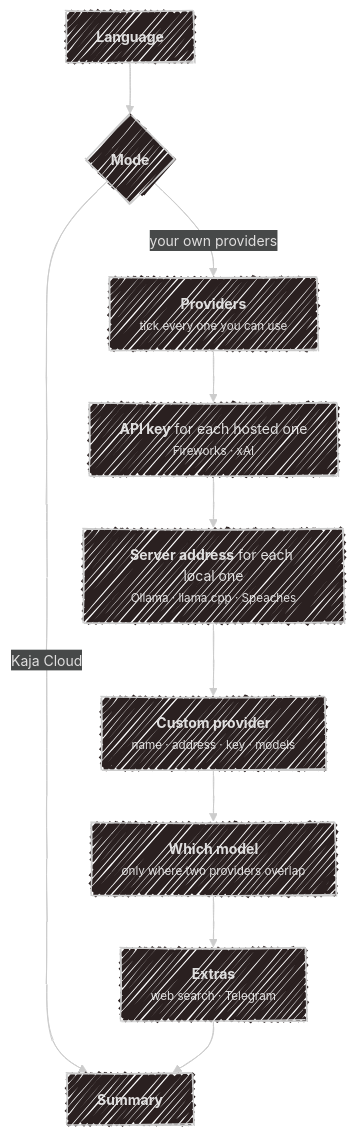
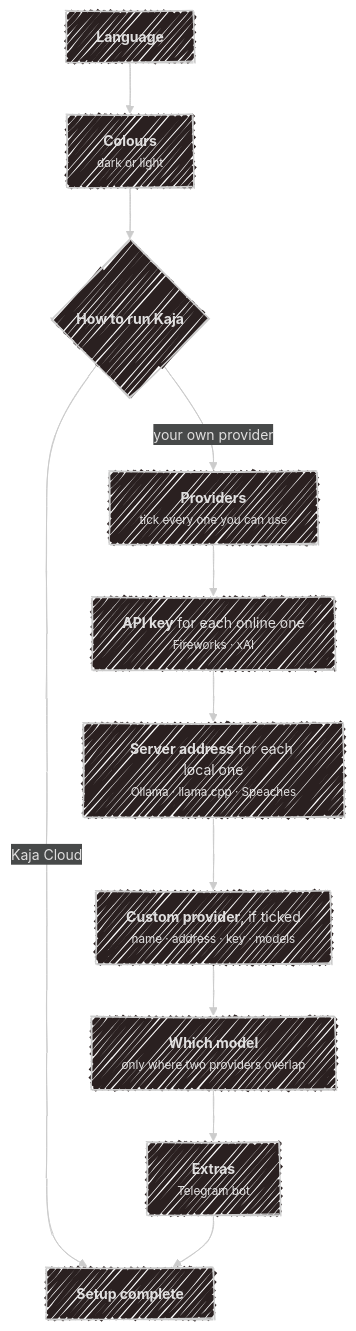
Before and after one commit to SubZtep/kaja: the diagram in docs/wizard.md, drawn with Mermaid. The commit also changed other lines of this file and 83 other files, not shown here.

Commit message:
feat(tui): light and dark themes (#82)

````diff
--- a/docs/wizard.md
+++ b/docs/wizard.md
@@ -17,17 +68,18 @@
 ```mermaid
 ---
 config:
   look: handDrawn
   theme: neo-dark
 ---
 flowchart TD
-    L["<b>Language</b>"] --> M{"<b>Mode</b>"}
-    M -->|"Kaja Cloud"| SUM["<b>Summary</b>"]
-    M -->|"your own providers"| P["<b>Providers</b><br><small>tick every one you can use</small>"]
-    P --> KEY["<b>API key</b> for each hosted one<br><small>Fireworks · xAI</small>"]
+    L["<b>Language</b>"] --> C["<b>Colours</b><br><small>dark or light</small>"]
+    C --> M{"<b>How to run Kaja</b>"}
+    M -->|"Kaja Cloud"| SUM["<b>Setup complete</b>"]
+    M -->|"your own provider"| P["<b>Providers</b><br><small>tick every one you can use</small>"]
+    P --> KEY["<b>API key</b> for each online one<br><small>Fireworks · xAI</small>"]
     KEY --> URL["<b>Server address</b> for each local one<br><small>Ollama · llama.cpp · Speaches</small>"]
-    URL --> CUS["<b>Custom provider</b><br><small>name · address · key · models</small>"]
+    URL --> CUS["<b>Custom provider</b>, if ticked<br><small>name · address · key · models</small>"]
     CUS --> MODEL["<b>Which model</b><br><small>only where two providers overlap</small>"]
-    MODEL --> EX["<b>Extras</b><br><small>web search · Telegram</small>"]
+    MODEL --> EX["<b>Extras</b><br><small>Telegram bot</small>"]
     EX --> SUM
 ```
````
